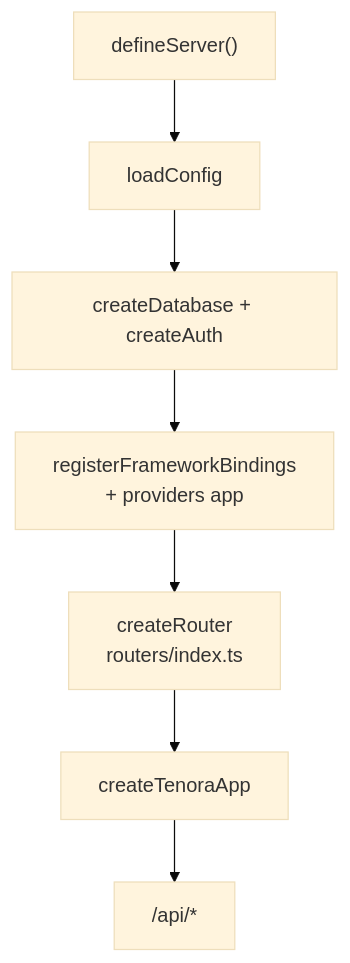
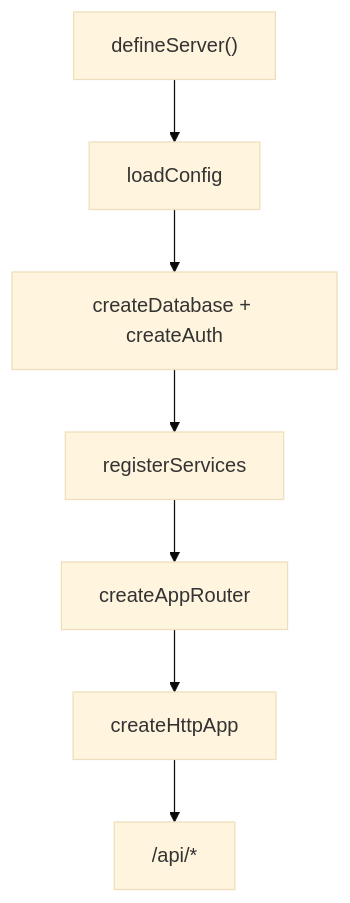
Before and after one commit to BarryHoa/duneta: the diagram in docs/architecture.md, drawn with Mermaid (base theme). The commit also changed other lines of this file and 53 other files, not shown here.

````diff
--- a/docs/architecture.md
+++ b/docs/architecture.md
@@ -16,9 +16,9 @@
 ```mermaid
 flowchart TD
   A["defineServer()"] --> B["loadConfig"]
   B --> C["createDatabase + createAuth"]
-  C --> D["registerFrameworkBindings\n+ providers app"]
-  D --> E["createRouter\nrouters/index.ts"]
-  E --> F["createTenoraApp"]
+  C --> D["registerServices"]
+  D --> E["createAppRouter"]
+  E --> F["createHttpApp"]
   F --> G["/api/*"]
 ```
````
